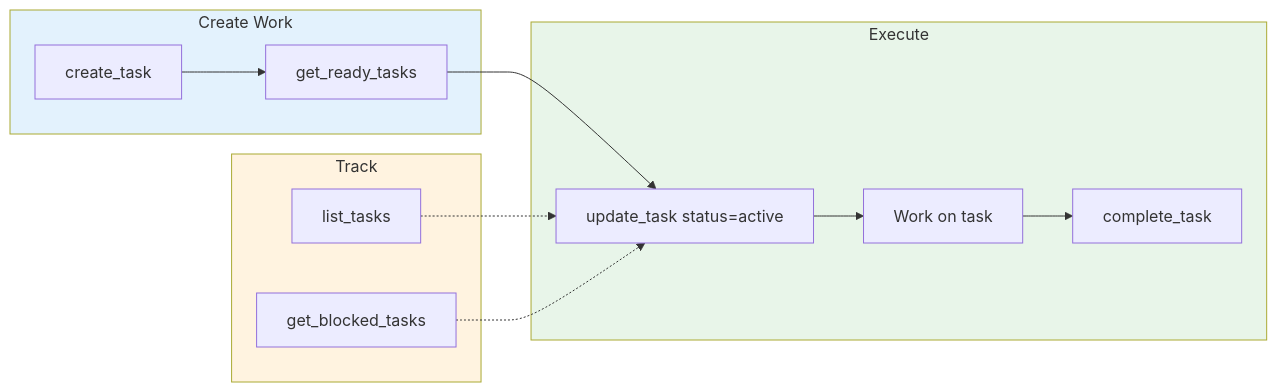
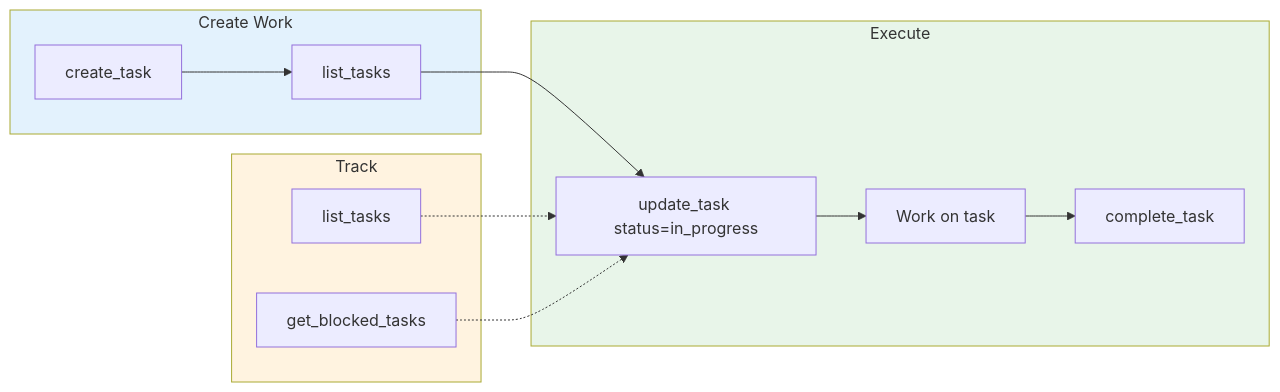
One commit to nicsuzor/academicOps changed the diagram in specs/work-management.md. Above: the diagram before and after it, drawn with Mermaid. The commit also changed other lines of this file and 7 other files, not shown here.

First line of the commit message:
feat(triage): Batch 5 active task triage, MCP body truncation, CLI CRUD parity

````diff
--- a/specs/work-management.md
+++ b/specs/work-management.md
@@ -5,26 +5,26 @@
 ```mermaid
 flowchart LR
     subgraph CREATE["Create Work"]
         C1[create_task]
-        C2[get_ready_tasks]
+        C2[list_tasks]
     end
 
     subgraph EXECUTE["Execute"]
-        E1[update_task status=active]
+        E1[update_task status=in_progress]
         E2[Work on task]
         E3[complete_task]
     end
 
     subgraph TRACK["Track"]
         T1[list_tasks]
         T2[get_blocked_tasks]
     end
 
     C1 --> C2 --> E1 --> E2 --> E3
     T1 -.-> E1
     T2 -.-> E1
 
     style CREATE fill:#e3f2fd
     style EXECUTE fill:#e8f5e9
     style TRACK fill:#fff3e0
 ```
````
